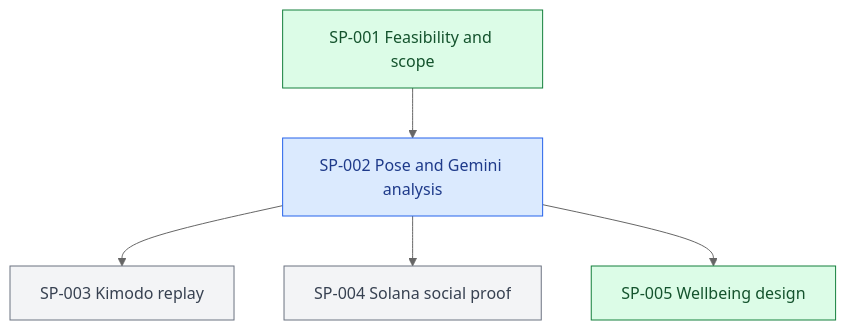
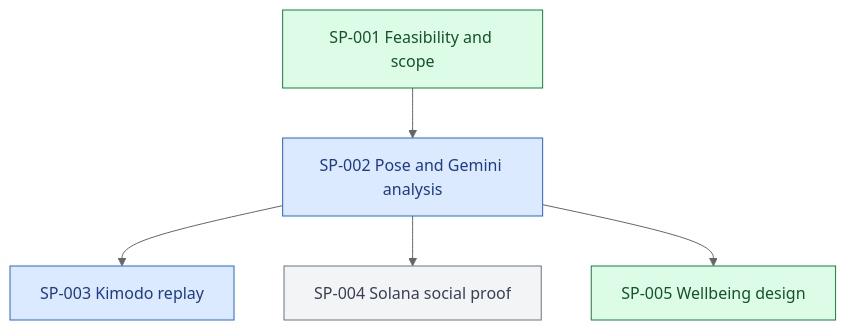
The diagram in .codex/PROJECT_LEDGER.md (Mack-Kabir/HackWestx_26), drawn with Mermaid (neutral theme) before and after one commit. The commit also changed other lines of this file, not shown here.

````diff
--- a/.codex/PROJECT_LEDGER.md
+++ b/.codex/PROJECT_LEDGER.md
@@ -48,15 +48,16 @@
 ```mermaid
 flowchart TD
     SP001["SP-001 Feasibility and scope"] --> SP002["SP-002 Pose and Gemini analysis"]
     SP002 --> SP003["SP-003 Kimodo replay"]
     SP002 --> SP004["SP-004 Solana social proof"]
     classDef active fill:#dbeafe,stroke:#2563eb,color:#1e3a8a
     classDef ready fill:#fef3c7,stroke:#ca8a04,color:#713f12
     classDef deferred fill:#f3f4f6,stroke:#6b7280,color:#374151
     classDef complete fill:#dcfce7,stroke:#15803d,color:#14532d
     class SP001 complete
     class SP002 active
     SP002 --> SP005["SP-005 Wellbeing design"]
     class SP005 complete
-    class SP003,SP004 deferred
+    class SP003 active
+    class SP004 deferred
 ```
````
